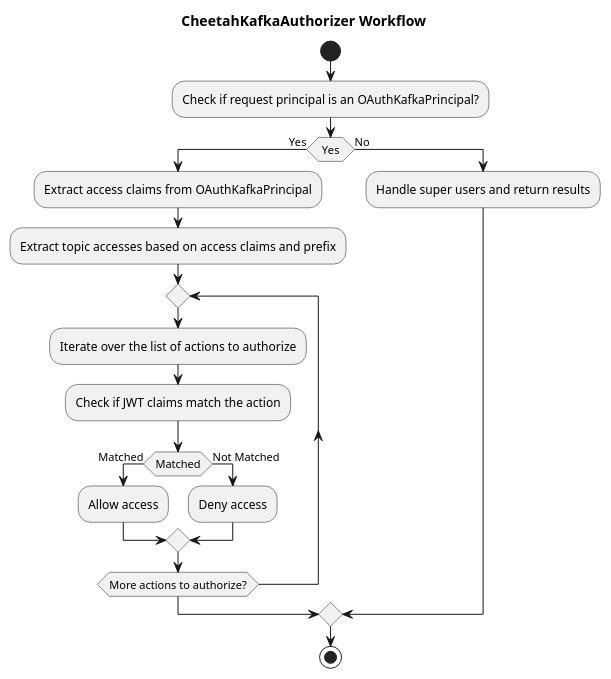
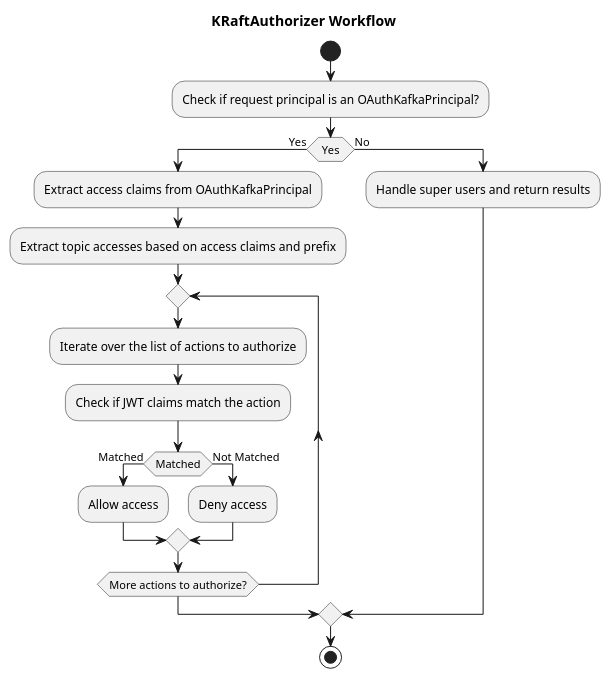
The diagram in README.md (trifork/cheetah-infrastructure-utils-kafka), drawn with PlantUML before and after one commit. The commit also changed other lines of this file and 2 other files, not shown here.

Commit message:
Update README for KRaftAuthorizer

````diff
--- a/README.md
+++ b/README.md
@@ -85,26 +87,26 @@
-```plantuml:cheetahkafkaauthorizer-workflow
+```plantuml:kraftauthorizer-workflow
 @startuml
-title CheetahKafkaAuthorizer Workflow
+title KRaftAuthorizer Workflow
 
 start
 
 :Check if request principal is an OAuthKafkaPrincipal?;
 if (Yes) then (Yes)
   :Extract access claims from OAuthKafkaPrincipal;
   :Extract topic accesses based on access claims and prefix;
   repeat
     :Iterate over the list of actions to authorize;
     :Check if JWT claims match the action;
     if (Matched) then (Matched)
       :Allow access;
     else (Not Matched)
       :Deny access;
     endif
   repeat while (More actions to authorize?);
 else (No)
   :Handle super users and return results;
 endif
 
 stop
 @enduml
 ```
````
